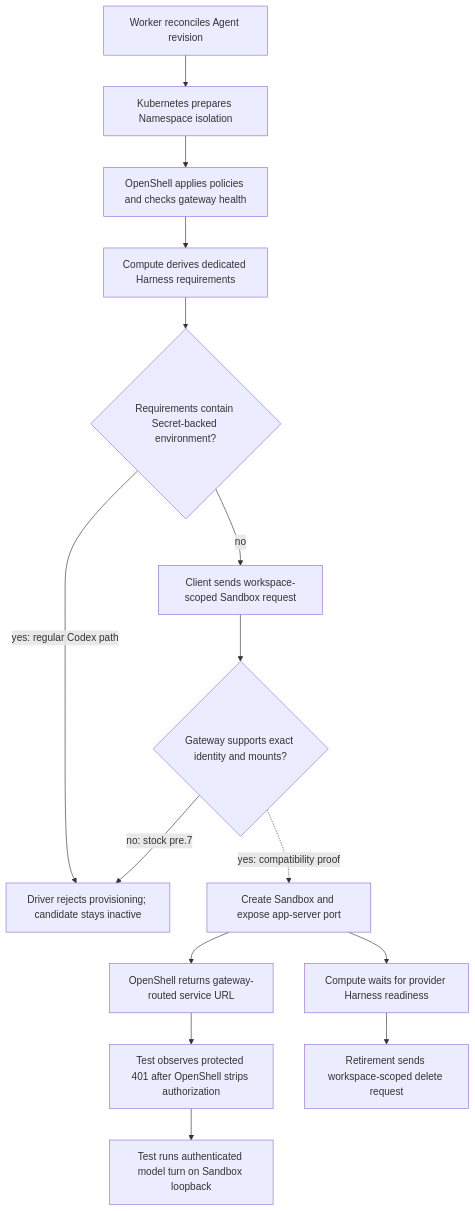
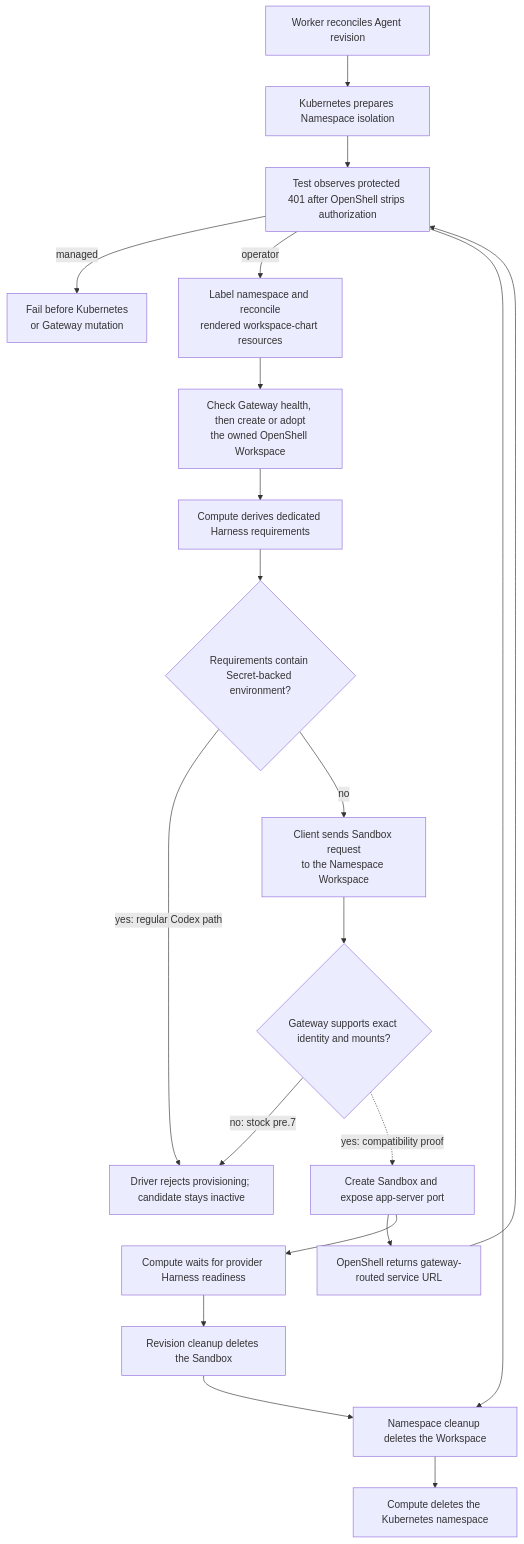
One commit to IsaiahStapleton/openclaw-enterprise changed the diagram in docs/flows/openshell-sandbox-provisioning.md. Above: the diagram before and after it, drawn with Mermaid. The commit also changed other lines of this file and 29 other files, not shown here.

Commit message:
WIP: add OpenShell workspace lifecycle to dev-up

````diff
--- a/docs/flows/openshell-sandbox-provisioning.md
+++ b/docs/flows/openshell-sandbox-provisioning.md
@@ -30,17 +43,22 @@
 ```mermaid
 graph TD
   A["Worker reconciles Agent revision"] --> B["Kubernetes prepares Namespace isolation"]
-  B --> C["OpenShell applies policies and checks gateway health"]
-  C --> D["Compute derives dedicated Harness requirements"]
+  B --> M{"Configured workspace mode"}
+  M -- "managed" --> X["Fail before Kubernetes<br/>or Gateway mutation"]
+  M -- "operator" --> C["Label namespace and reconcile<br/>rendered workspace-chart resources"]
+  C --> W["Check Gateway health, then create or adopt<br/>the owned OpenShell Workspace"]
+  W --> D["Compute derives dedicated Harness requirements"]
   D --> E{"Requirements contain Secret-backed environment?"}
   E -- "yes: regular Codex path" --> F["Driver rejects provisioning; candidate stays inactive"]
-  E -- "no" --> G["Client sends workspace-scoped Sandbox request"]
+  E -- "no" --> G["Client sends Sandbox request<br/>to the Namespace Workspace"]
   G --> K{"Gateway supports exact identity and mounts?"}
   K -- "no: stock pre.7" --> F
   K -. "yes: compatibility proof" .-> H["Create Sandbox and expose app-server port"]
   H --> L["OpenShell returns gateway-routed service URL"]
   L --> M["Test observes protected 401 after OpenShell strips authorization"]
   M --> N["Test runs authenticated model turn on Sandbox loopback"]
   H --> I["Compute waits for provider Harness readiness"]
-  I --> J["Retirement sends workspace-scoped delete request"]
+  I --> J["Revision cleanup deletes the Sandbox"]
+  J --> N["Namespace cleanup deletes the Workspace"]
+  N --> O["Compute deletes the Kubernetes namespace"]
 ```
````
